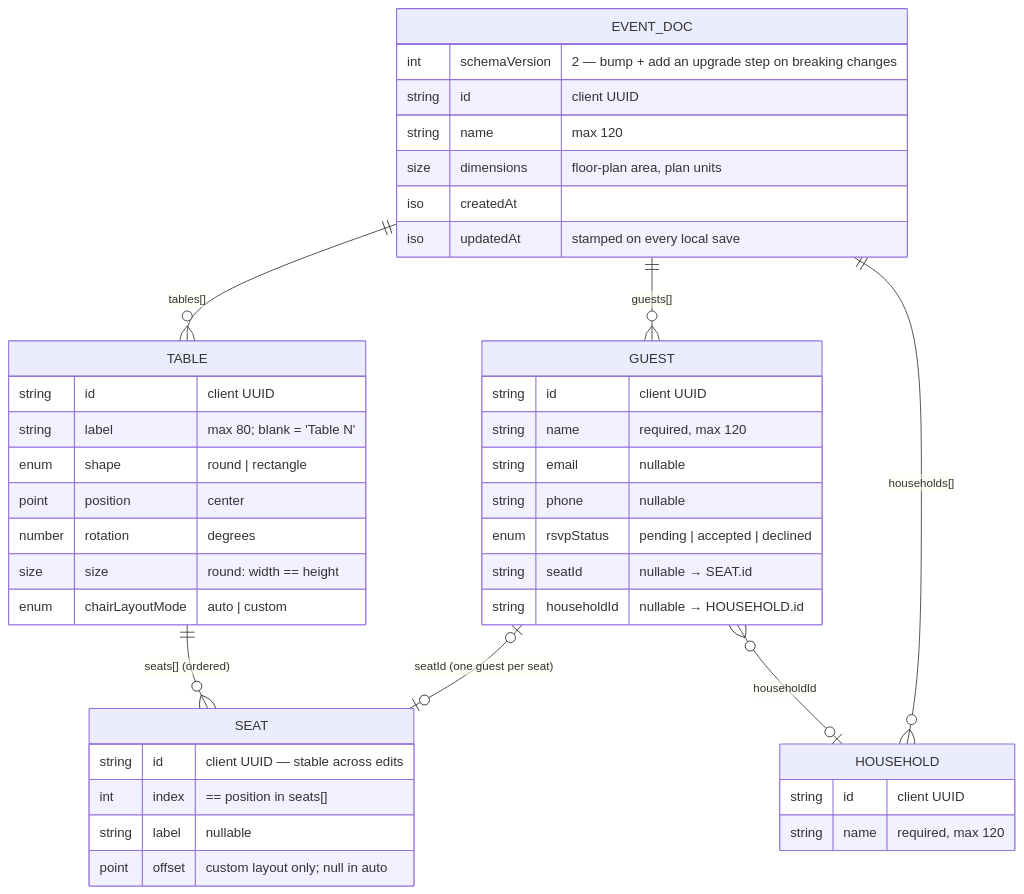
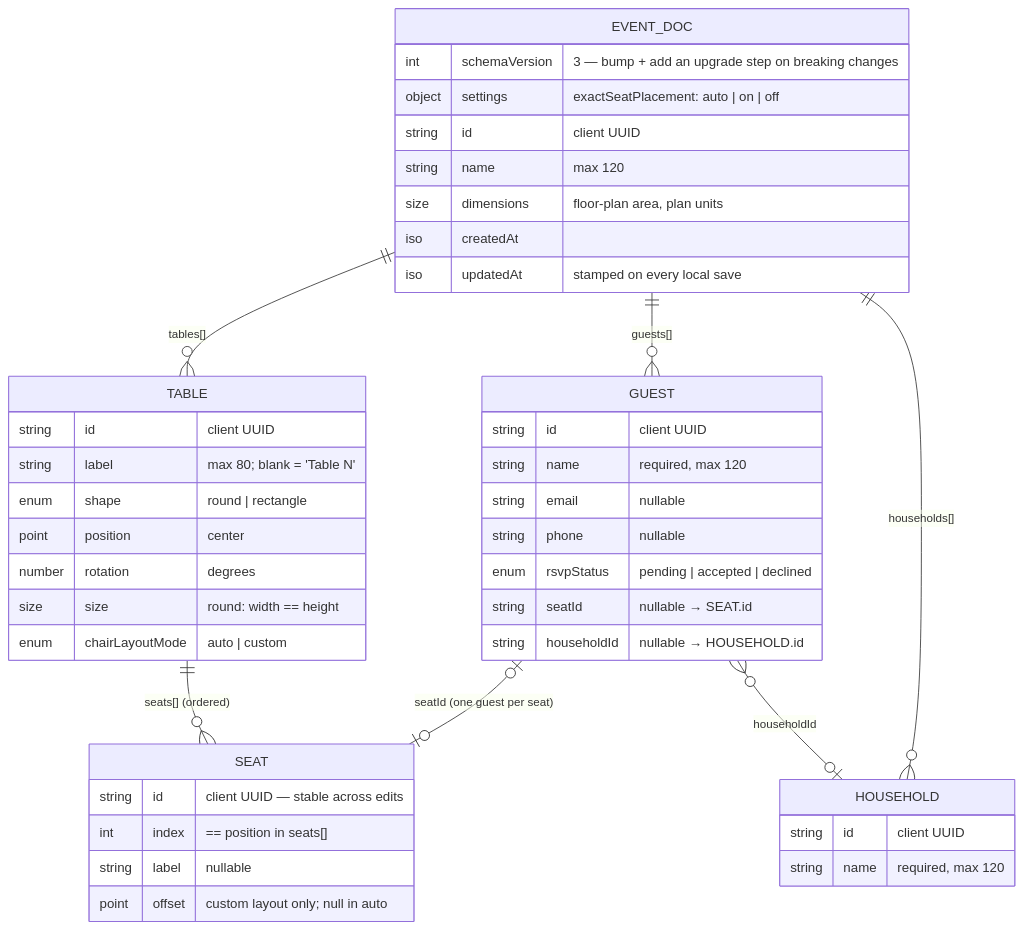
One commit to joshkat/seeater changed the second of 2 diagrams in docs/data-model.md. Above: the diagram before and after it, drawn with Mermaid. The commit also changed other lines of this file and 4 other files, not shown here.

First line of the commit message:
docs: exact seat placement, touch and tablet layout; review guide covers items 1–3

````diff
--- a/docs/data-model.md
+++ b/docs/data-model.md
@@ -59,46 +59,47 @@
 ```mermaid
 erDiagram
   EVENT_DOC ||--o{ TABLE : "tables[]"
   TABLE ||--o{ SEAT : "seats[] (ordered)"
   EVENT_DOC ||--o{ GUEST : "guests[]"
   EVENT_DOC ||--o{ HOUSEHOLD : "households[]"
   GUEST |o--o| SEAT : "seatId (one guest per seat)"
   GUEST }o--o| HOUSEHOLD : "householdId"
 
   EVENT_DOC {
-    int schemaVersion "2 — bump + add an upgrade step on breaking changes"
+    int schemaVersion "3 — bump + add an upgrade step on breaking changes"
+    object settings "exactSeatPlacement: auto | on | off"
     string id "client UUID"
     string name "max 120"
     size dimensions "floor-plan area, plan units"
     iso createdAt
     iso updatedAt "stamped on every local save"
   }
   TABLE {
     string id "client UUID"
     string label "max 80; blank = 'Table N'"
     enum shape "round | rectangle"
     point position "center"
     number rotation "degrees"
     size size "round: width == height"
     enum chairLayoutMode "auto | custom"
   }
   SEAT {
     string id "client UUID — stable across edits"
     int index "== position in seats[]"
     string label "nullable"
     point offset "custom layout only; null in auto"
   }
   GUEST {
     string id "client UUID"
     string name "required, max 120"
     string email "nullable"
     string phone "nullable"
     enum rsvpStatus "pending | accepted | declined"
     string seatId "nullable → SEAT.id"
     string householdId "nullable → HOUSEHOLD.id"
   }
   HOUSEHOLD {
     string id "client UUID"
     string name "required, max 120"
   }
 ```
````
